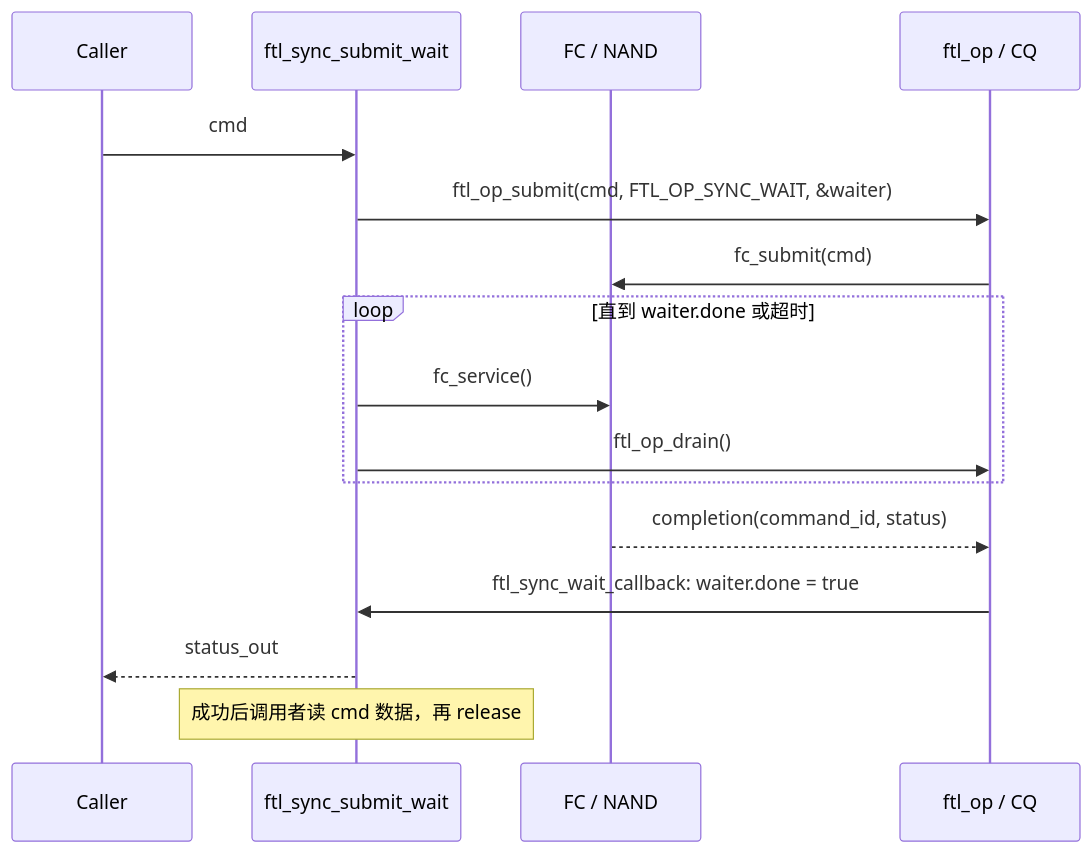
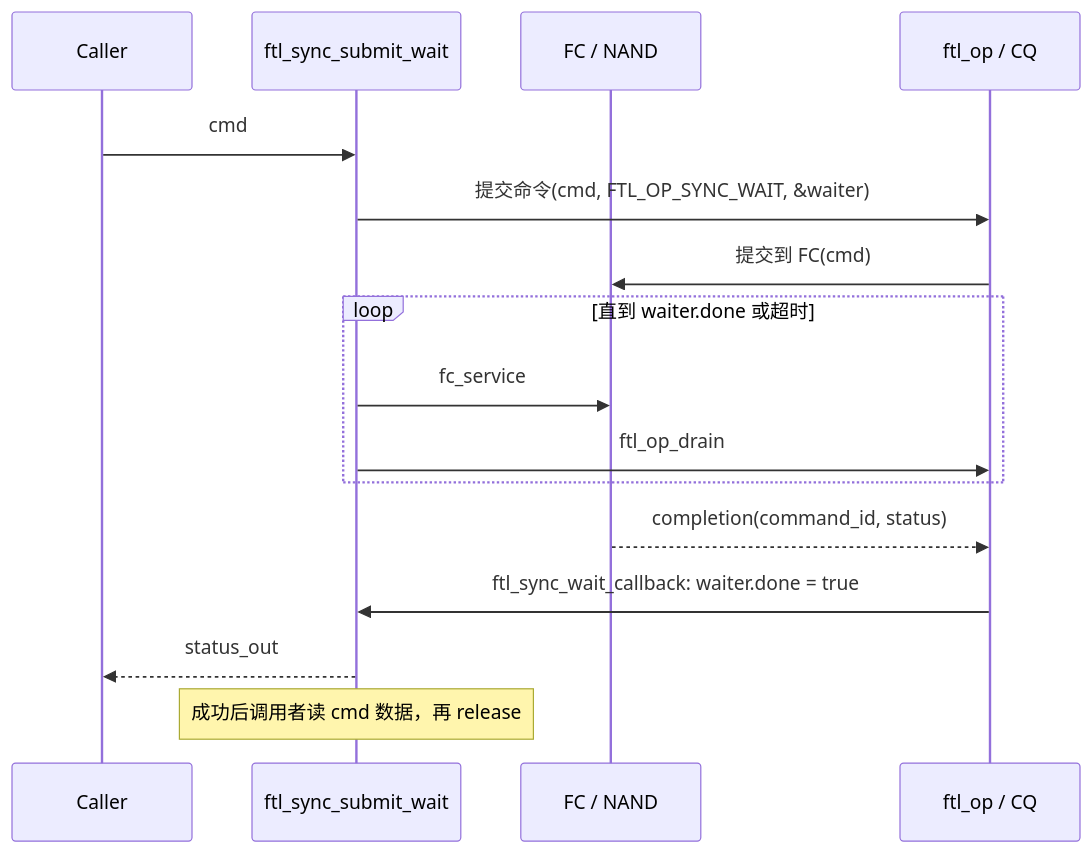
Before and after one commit to YzYMIAO/BASESSD: diagram 20 of 36 in docs/design/ftl_design.md, drawn with Mermaid. The commit also changed other lines of this file and 49 other files, not shown here.

````diff
--- a/docs/design/ftl_design.md
+++ b/docs/design/ftl_design.md
@@ -3195,19 +3120,19 @@
 ```mermaid
 sequenceDiagram
-    participant Caller
-    participant SW as ftl_sync_submit_wait
-    participant FC as FC / NAND
-    participant OP as ftl_op / CQ
+ participant Caller
+ participant SW as ftl_sync_submit_wait
+ participant FC as FC / NAND
+ participant OP as ftl_op / CQ
 
-    Caller->>SW: cmd
-    SW->>OP: ftl_op_submit(cmd, FTL_OP_SYNC_WAIT, &waiter)
-    OP->>FC: fc_submit(cmd)
-    loop 直到 waiter.done 或超时
-        SW->>FC: fc_service()
-        SW->>OP: ftl_op_drain()
-    end
-    FC-->>OP: completion(command_id, status)
-    OP->>SW: ftl_sync_wait_callback: waiter.done = true
-    SW-->>Caller: status_out
-    Note over SW: 成功后调用者读 cmd 数据，再 release
+ Caller->>SW: cmd
+ SW->>OP: 提交命令(cmd, FTL_OP_SYNC_WAIT, &waiter)
+ OP->>FC: 提交到 FC(cmd)
+ loop 直到 waiter.done 或超时
+  SW->>FC: fc_service
+  SW->>OP: ftl_op_drain
+ end
+ FC-->>OP: completion(command_id, status)
+ OP->>SW: ftl_sync_wait_callback: waiter.done = true
+ SW-->>Caller: status_out
+ Note over SW: 成功后调用者读 cmd 数据，再 release
 ```
````
